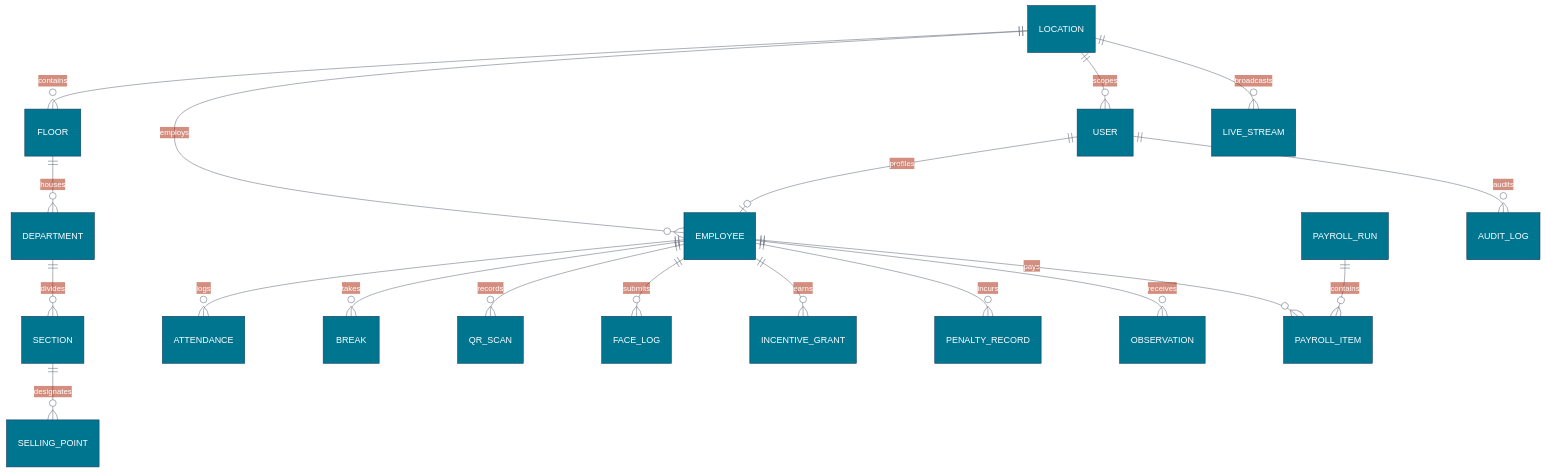
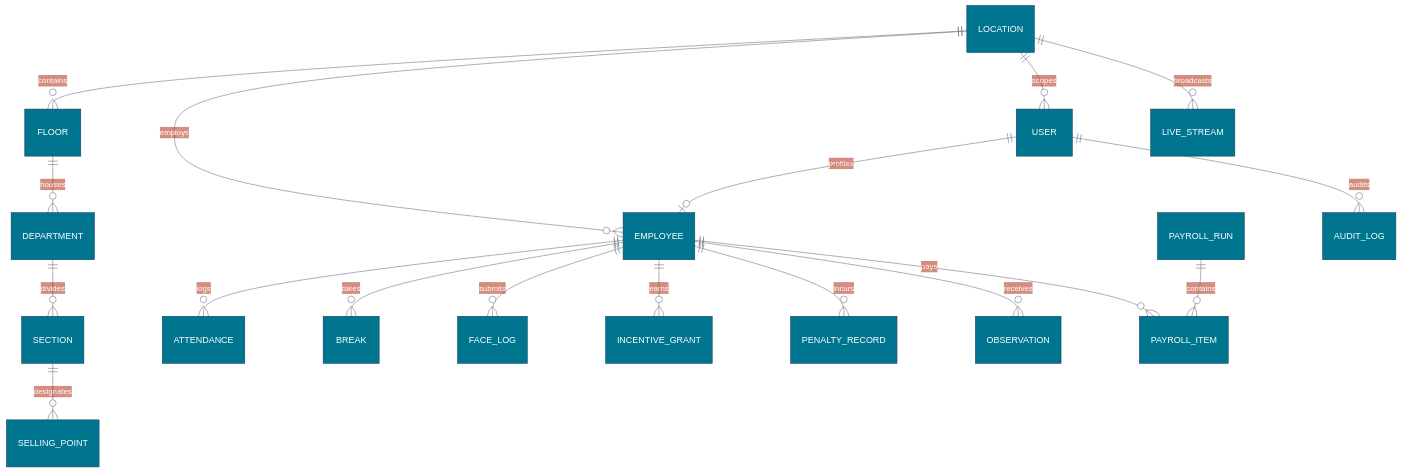
One commit to BSC-TEXTILES/BSC_Textiles_HRMS_Project changed the sixth of 21 diagrams in README.md. Above: the diagram before and after it, drawn with Mermaid. The commit also changed other lines of this file and 118 other files, not shown here.

````diff
--- a/README.md
+++ b/README.md
@@ -553,25 +544,24 @@
 ```mermaid
 %%{init: {'theme': 'base', 'themeVariables': { 'primaryColor': '#00758F', 'primaryTextColor': '#FFFFFF', 'primaryBorderColor': '#173A5E', 'lineColor': '#6B7280' }}}%%
 erDiagram
     LOCATION ||--o{ FLOOR : contains
     FLOOR ||--o{ DEPARTMENT : houses
     DEPARTMENT ||--o{ SECTION : divides
     SECTION ||--o{ SELLING_POINT : designates
     LOCATION ||--o{ EMPLOYEE : employs
     LOCATION ||--o{ USER : scopes
     USER ||--o| EMPLOYEE : profiles
 
     EMPLOYEE ||--o{ ATTENDANCE : logs
     EMPLOYEE ||--o{ BREAK : takes
-    EMPLOYEE ||--o{ QR_SCAN : records
     EMPLOYEE ||--o{ FACE_LOG : submits
     EMPLOYEE ||--o{ INCENTIVE_GRANT : earns
     EMPLOYEE ||--o{ PENALTY_RECORD : incurs
     EMPLOYEE ||--o{ OBSERVATION : receives
 
     PAYROLL_RUN ||--o{ PAYROLL_ITEM : contains
     EMPLOYEE ||--o{ PAYROLL_ITEM : pays
 
     USER ||--o{ AUDIT_LOG : audits
     LOCATION ||--o{ LIVE_STREAM : broadcasts
 ```
````
